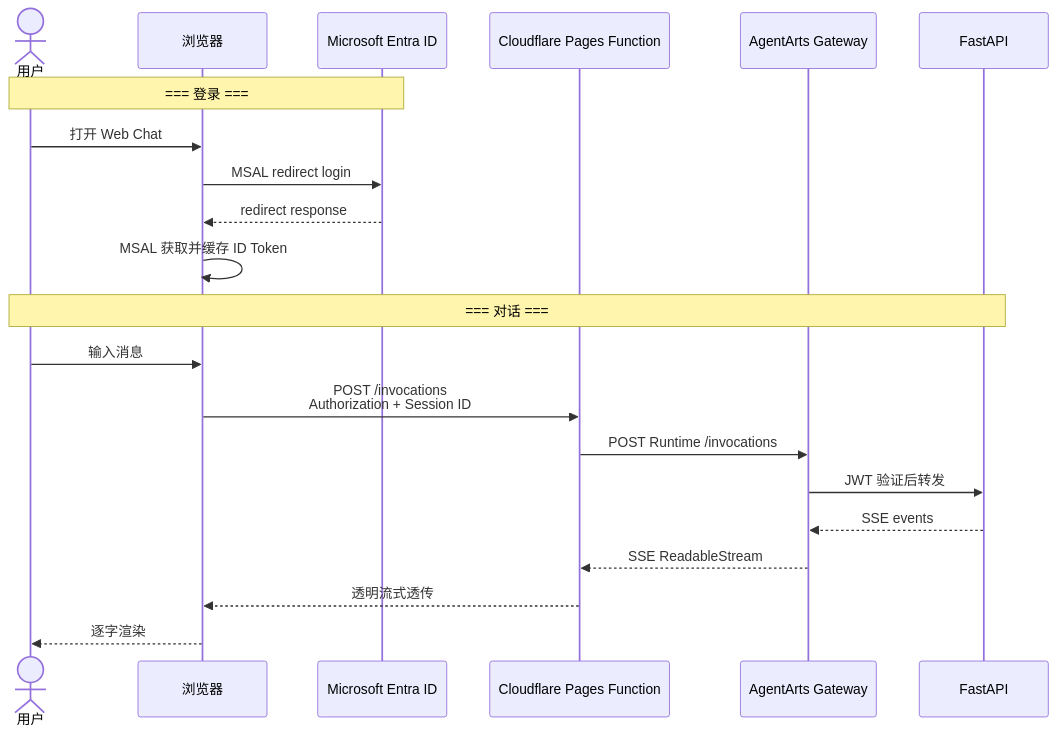
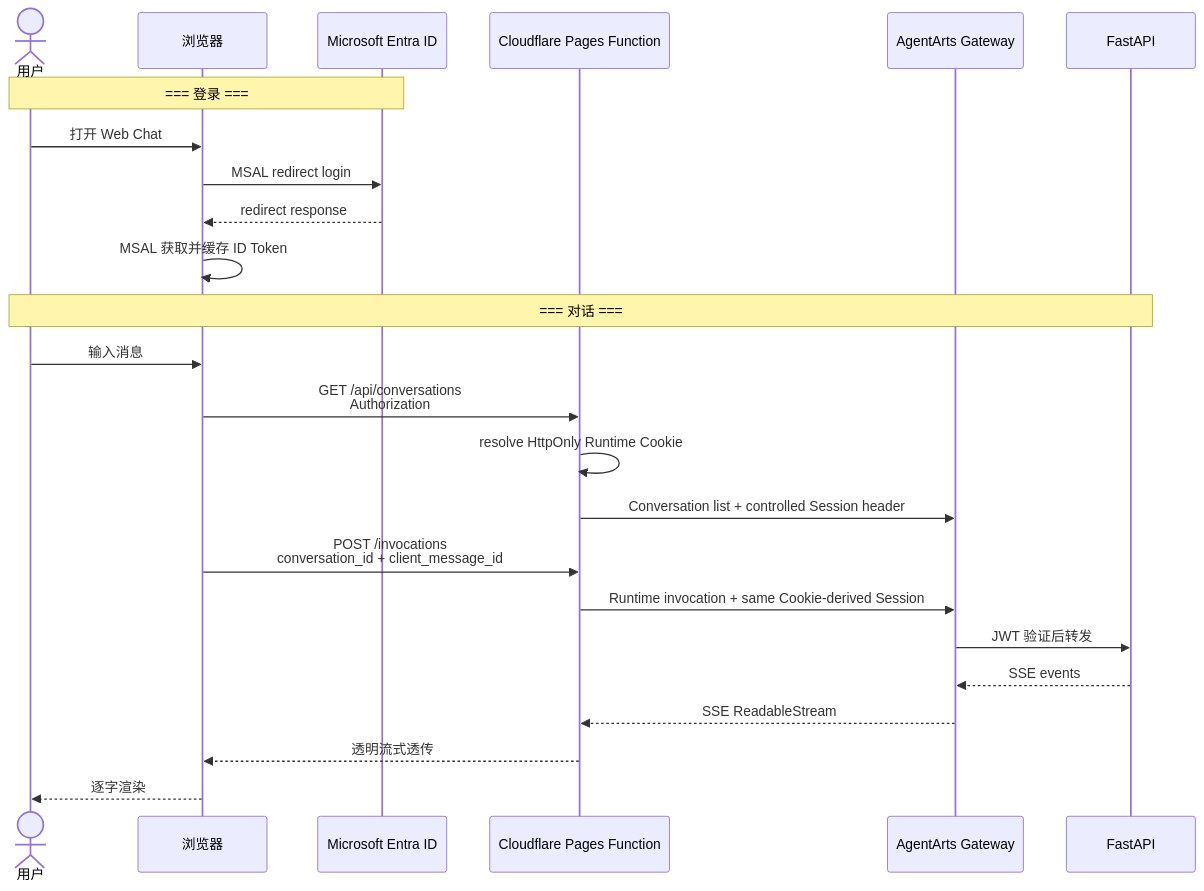
The second of 14 diagrams in personal-assistant-meta/architecture/frontend_architecture.md (T-1009/personal-assistant), drawn with Mermaid before and after one commit. The commit also changed other lines of this file and 105 other files, not shown here.

First line of the commit message:
feat: implement multi-session runtime pre-warm with session cookies, conversation API, and sidebar UI

````diff
--- a/personal-assistant-meta/architecture/frontend_architecture.md
+++ b/personal-assistant-meta/architecture/frontend_architecture.md
@@ -41,25 +45,28 @@
 ```mermaid
 sequenceDiagram
     actor User as 用户
     participant Browser as 浏览器
     participant Entra as Microsoft Entra ID
     participant Proxy as Cloudflare Pages Function
     participant Gateway as AgentArts Gateway
     participant FastAPI as FastAPI
 
     Note over User,Entra: === 登录 ===
     User->>Browser: 打开 Web Chat
     Browser->>Entra: MSAL redirect login
     Entra-->>Browser: redirect response
     Browser->>Browser: MSAL 获取并缓存 ID Token
 
     Note over User,FastAPI: === 对话 ===
     User->>Browser: 输入消息
-    Browser->>Proxy: POST /invocations<br/>Authorization + Session ID
-    Proxy->>Gateway: POST Runtime /invocations
+    Browser->>Proxy: GET /api/conversations<br/>Authorization
+    Proxy->>Proxy: resolve HttpOnly Runtime Cookie
+    Proxy->>Gateway: Conversation list + controlled Session header
+    Browser->>Proxy: POST /invocations<br/>conversation_id + client_message_id
+    Proxy->>Gateway: Runtime invocation + same Cookie-derived Session
     Gateway->>FastAPI: JWT 验证后转发
     FastAPI-->>Gateway: SSE events
     Gateway-->>Proxy: SSE ReadableStream
     Proxy-->>Browser: 透明流式透传
     Browser-->>User: 逐字渲染
 ```
````
